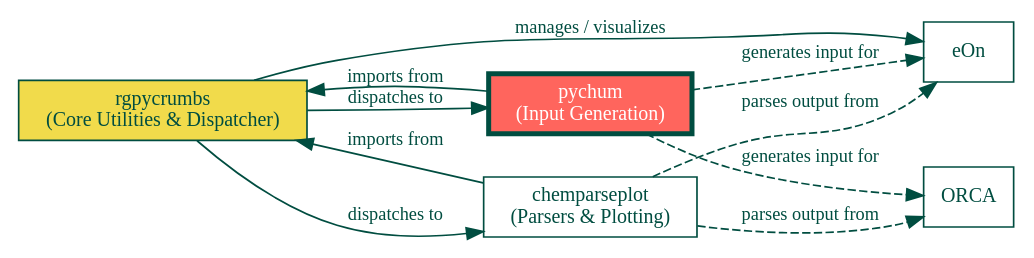
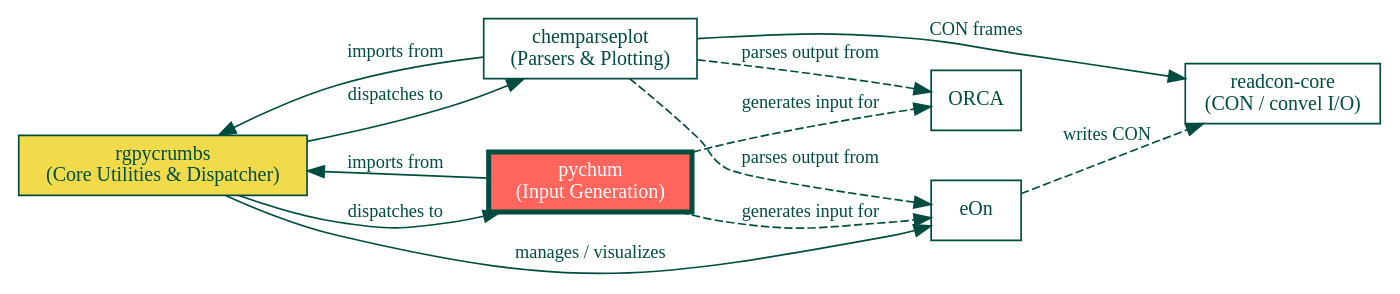
Before and after one commit to HaoZeke/pychum: the diagram in docs/orgmode/index.org, drawn with Graphviz. The commit also changed other lines of this file and 17 other files, not shown here.

```diff
--- a/docs/orgmode/index.org
+++ b/docs/orgmode/index.org
@@ -10,30 +10,33 @@
 #+begin_src dot :file ecosystem.svg :exports results
 digraph G {
     rankdir=LR;
     fontname="Jost";
     node [shape=box, style=filled, fontname="Jost", fontsize=12, fillcolor="white", color="#004D40", fontcolor="#004D40"];
     edge [fontname="Jost", fontsize=11, color="#004D40", fontcolor="#004D40"];
     compound=true;
 
     rgpycrumbs [label="rgpycrumbs\n(Core Utilities & Dispatcher)", fillcolor="#F1DB4B"];
     pychum [label="pychum\n(Input Generation)", fillcolor="#FF655D", fontcolor="white", penwidth=3];
     chemparseplot [label="chemparseplot\n(Parsers & Plotting)"];
+    readcon [label="readcon-core\n(CON / convel I/O)", URL="https://github.com/lode-org/readcon-core"];
 
     eon [label="eOn"];
     orca [label="ORCA"];
 
     rgpycrumbs -> pychum [label="dispatches to"];
     rgpycrumbs -> chemparseplot [label="dispatches to"];
 
     chemparseplot -> rgpycrumbs [label="imports from"];
     pychum -> rgpycrumbs [label="imports from"];
+    chemparseplot -> readcon [label="CON frames"];
 
     pychum -> eon [label="generates input for", style=dashed];
     pychum -> orca [label="generates input for", style=dashed];
 
     chemparseplot -> eon [label="parses output from", style=dashed];
     chemparseplot -> orca [label="parses output from", style=dashed];
+    eon -> readcon [label="writes CON", style=dashed];
 
     rgpycrumbs -> eon [label="manages / visualizes"];
 }
 #+end_src
```
